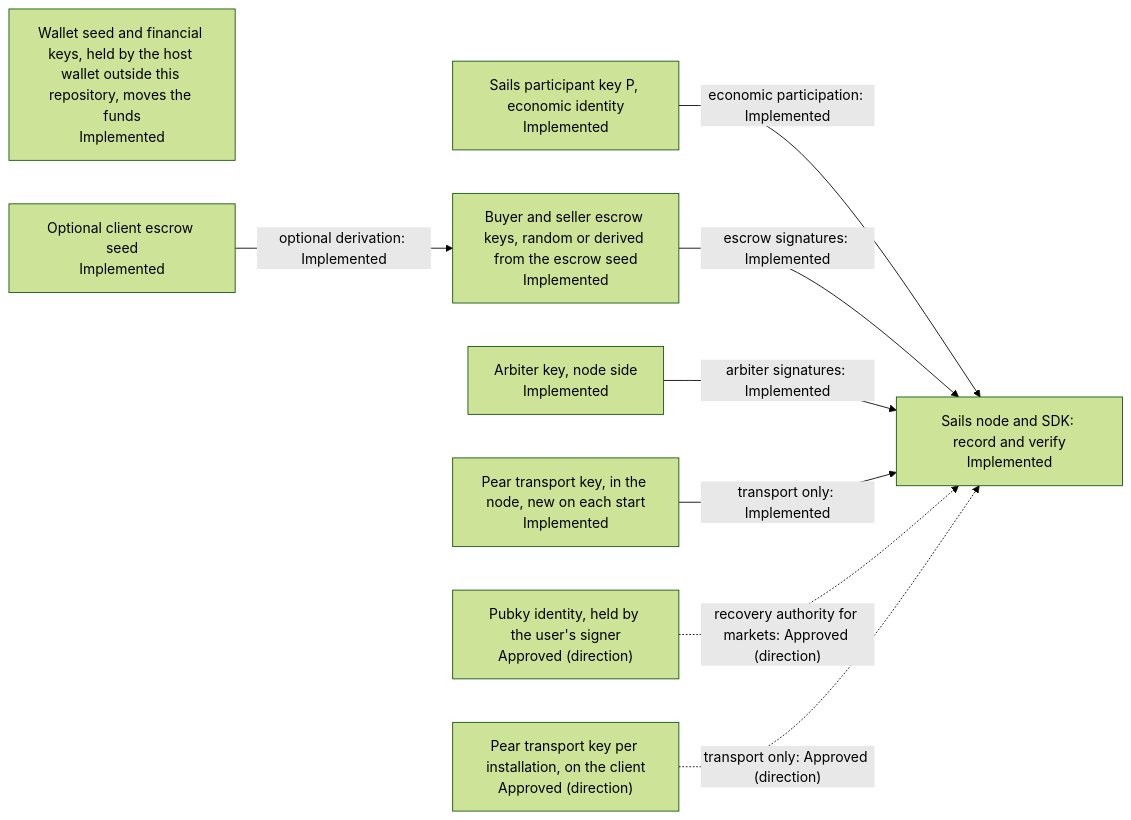
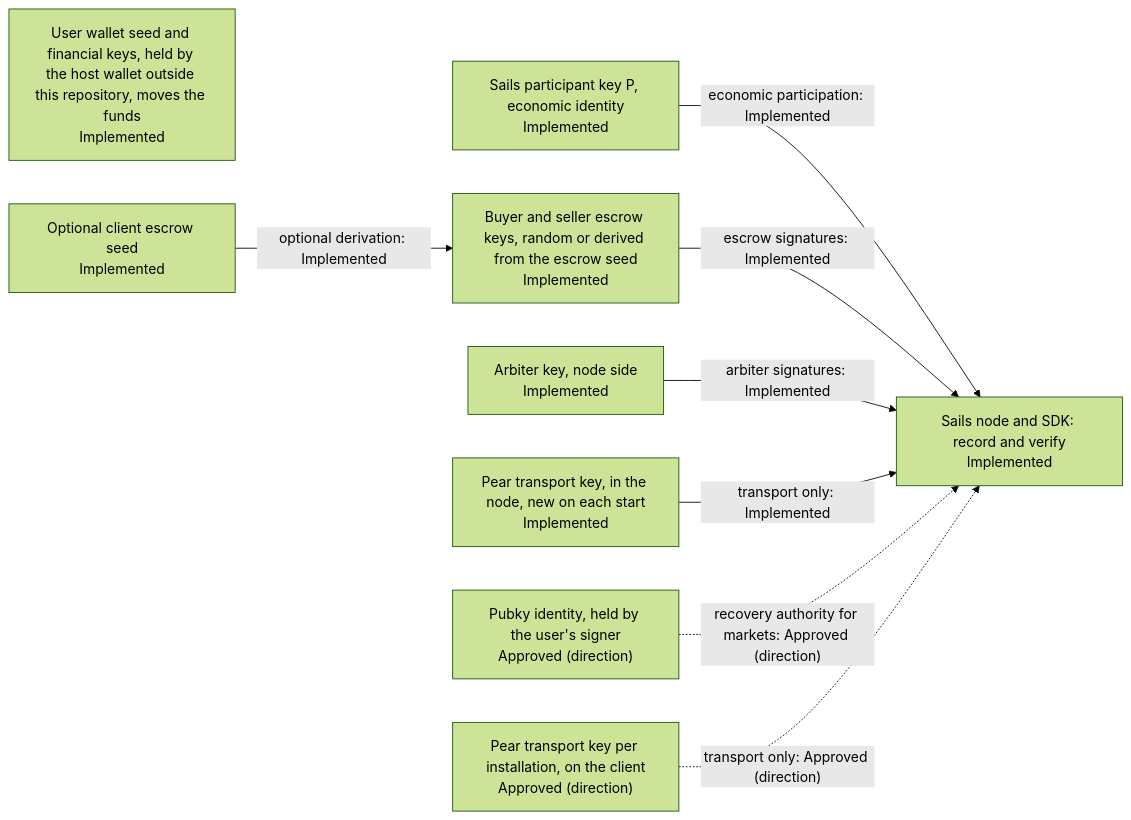
The third of 6 diagrams in docs/SYSTEM_DESIGN.md (sails-protocol/Sails-Protocol), drawn with Mermaid (forest theme) before and after one commit. The commit also changed other lines of this file, not shown here.

Commit message:
docs(system-design): distinguish the user wallet seed from the node-held WDK_SEED_PHRASE (GK A1)
Diagram 1 node renamed from WDK to W (user wallet). The reading note now says
the node WDK_SEED_PHRASE of the WDK_USDT_EVM reference rail is a different
seed: server-custodial, and refused at boot in production when set with
MOCK_ESCROW=false (config/index.ts guard).

````diff
--- a/docs/SYSTEM_DESIGN.md
+++ b/docs/SYSTEM_DESIGN.md
@@ -642,19 +642,19 @@
 ```mermaid
 flowchart LR
-  WDK["Wallet seed and financial keys, held by the host wallet outside this repository, moves the funds<br/>Implemented"]
+  W["User wallet seed and financial keys, held by the host wallet outside this repository, moves the funds<br/>Implemented"]
   P["Sails participant key P, economic identity<br/>Implemented"]
   ES["Optional client escrow seed<br/>Implemented"]
   EK["Buyer and seller escrow keys, random or derived from the escrow seed<br/>Implemented"]
   AK["Arbiter key, node side<br/>Implemented"]
   PKN["Pear transport key, in the node, new on each start<br/>Implemented"]
   PKI["Pear transport key per installation, on the client<br/>Approved (direction)"]
   PR["Pubky identity, held by the user's signer<br/>Approved (direction)"]
   N["Sails node and SDK: record and verify<br/>Implemented"]
   ES -->|"optional derivation: Implemented"| EK
   P -->|"economic participation: Implemented"| N
   EK -->|"escrow signatures: Implemented"| N
   AK -->|"arbiter signatures: Implemented"| N
   PKN -->|"transport only: Implemented"| N
   PR -.->|"recovery authority for markets: Approved (direction)"| N
   PKI -.->|"transport only: Approved (direction)"| N
 ```
````
